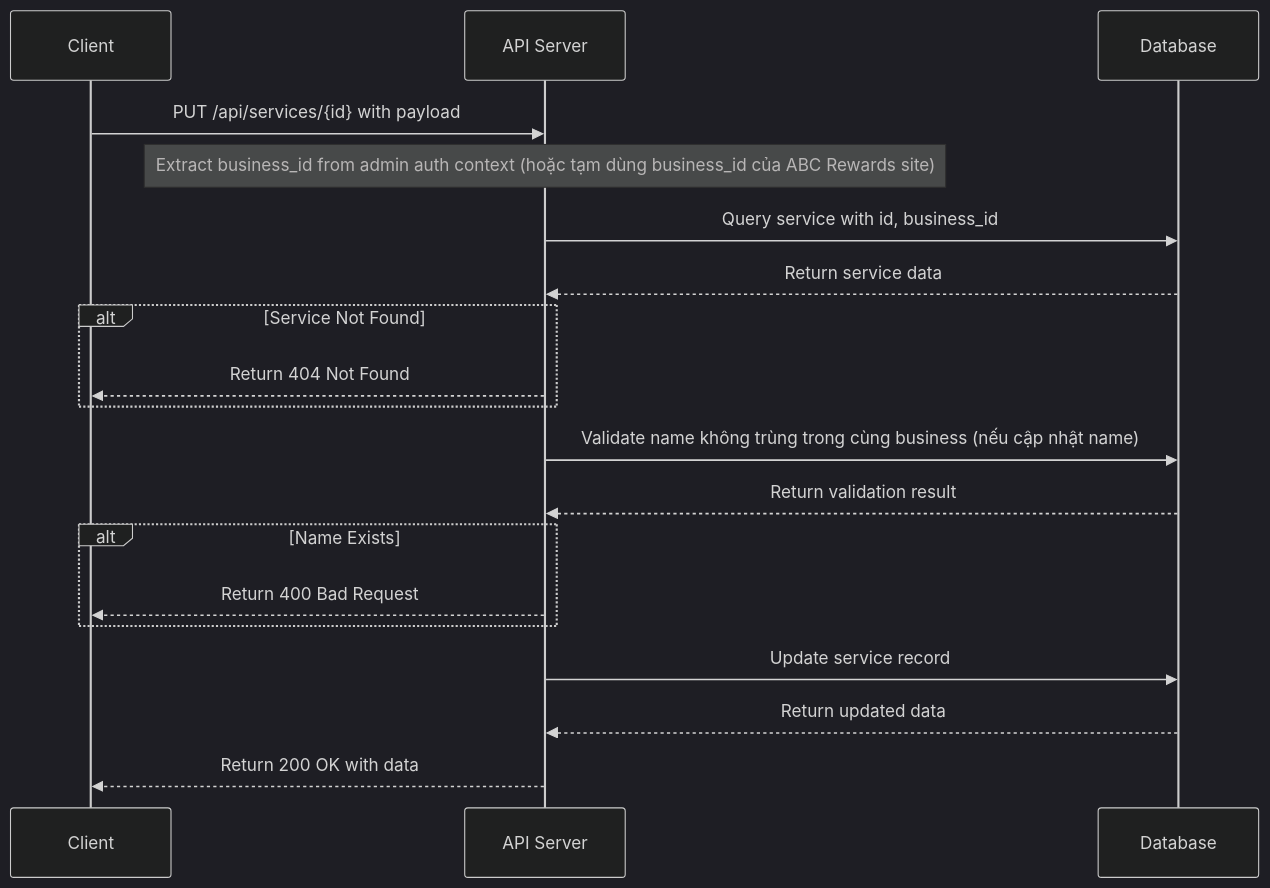
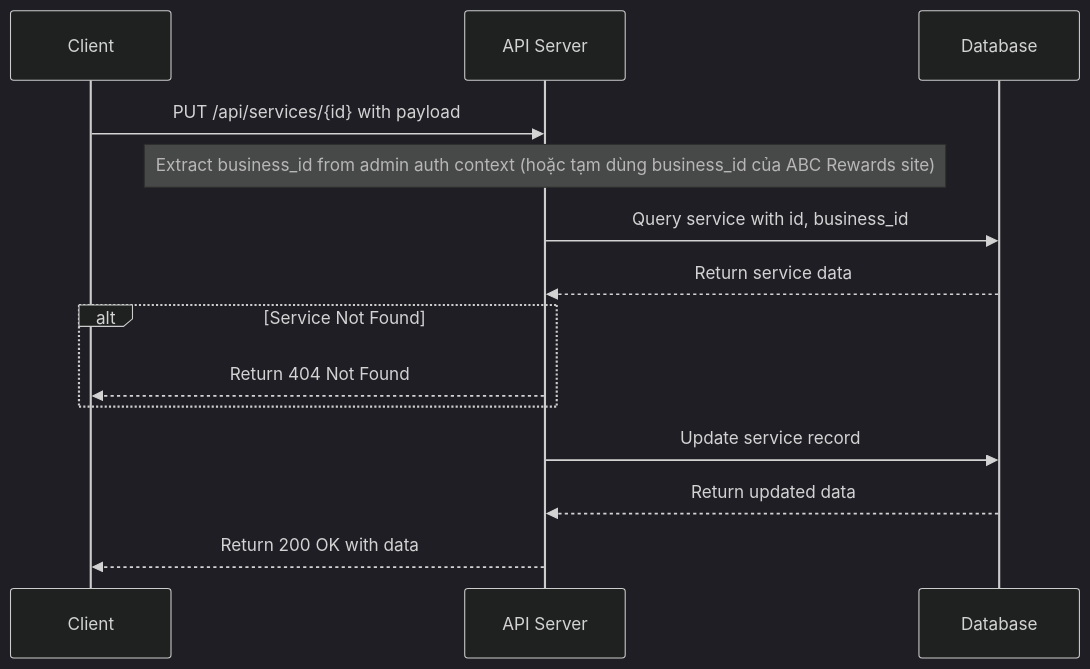
The fourth of 9 diagrams in notifications.md (NguyenNgocHongHan/MINHTHUShop), drawn with Mermaid (dark theme) before and after one commit. The commit also changed other lines of this file, not shown here.

````diff
--- a/notifications.md
+++ b/notifications.md
@@ -308,25 +326,19 @@
 ```mermaid
 sequenceDiagram
   participant Client
   participant API as API Server
   participant DB as Database
 
   Client->>API: PUT /api/services/{id} with payload
   Note over API: Extract business_id from admin auth context (hoặc tạm dùng business_id của ABC Rewards site)
 
   API->>DB: Query service with id, business_id
   DB-->>API: Return service data
   alt Service Not Found
       API-->>Client: Return 404 Not Found
   end
 
-  API->>DB: Validate name không trùng trong cùng business (nếu cập nhật name)
-  DB-->>API: Return validation result
-  alt Name Exists
-      API-->>Client: Return 400 Bad Request
-  end
-
   API->>DB: Update service record
   DB-->>API: Return updated data
   API-->>Client: Return 200 OK with data
 ```
````
